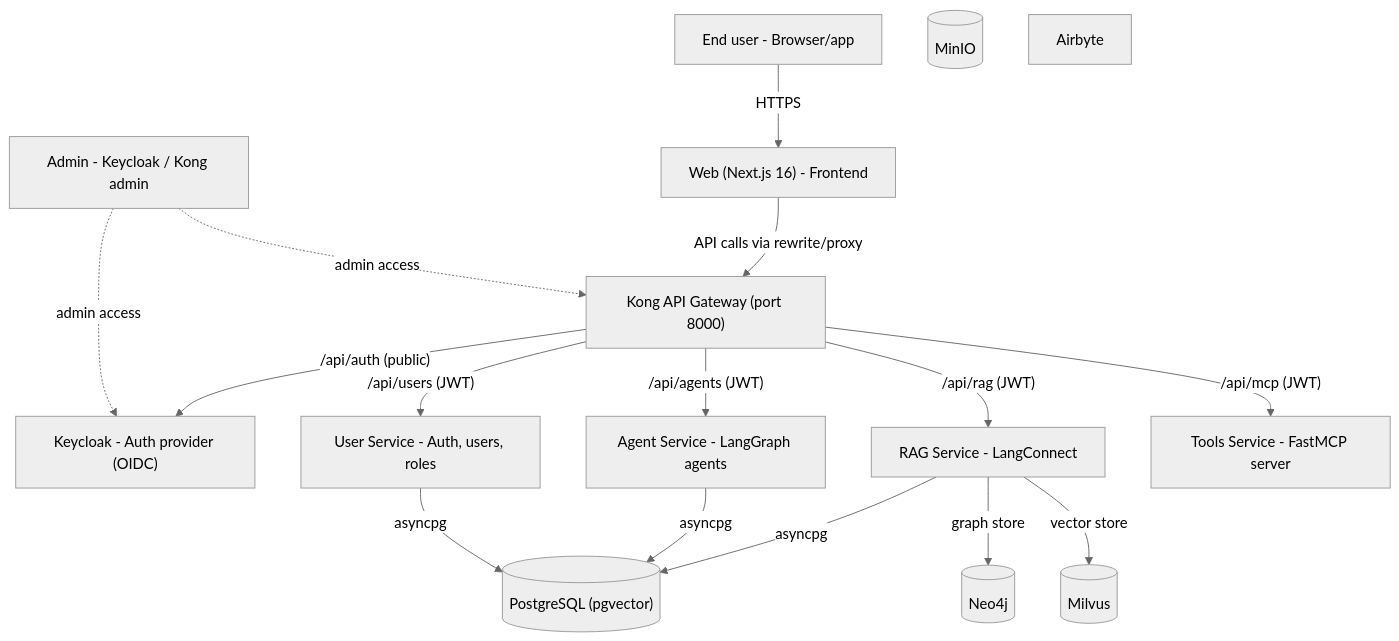
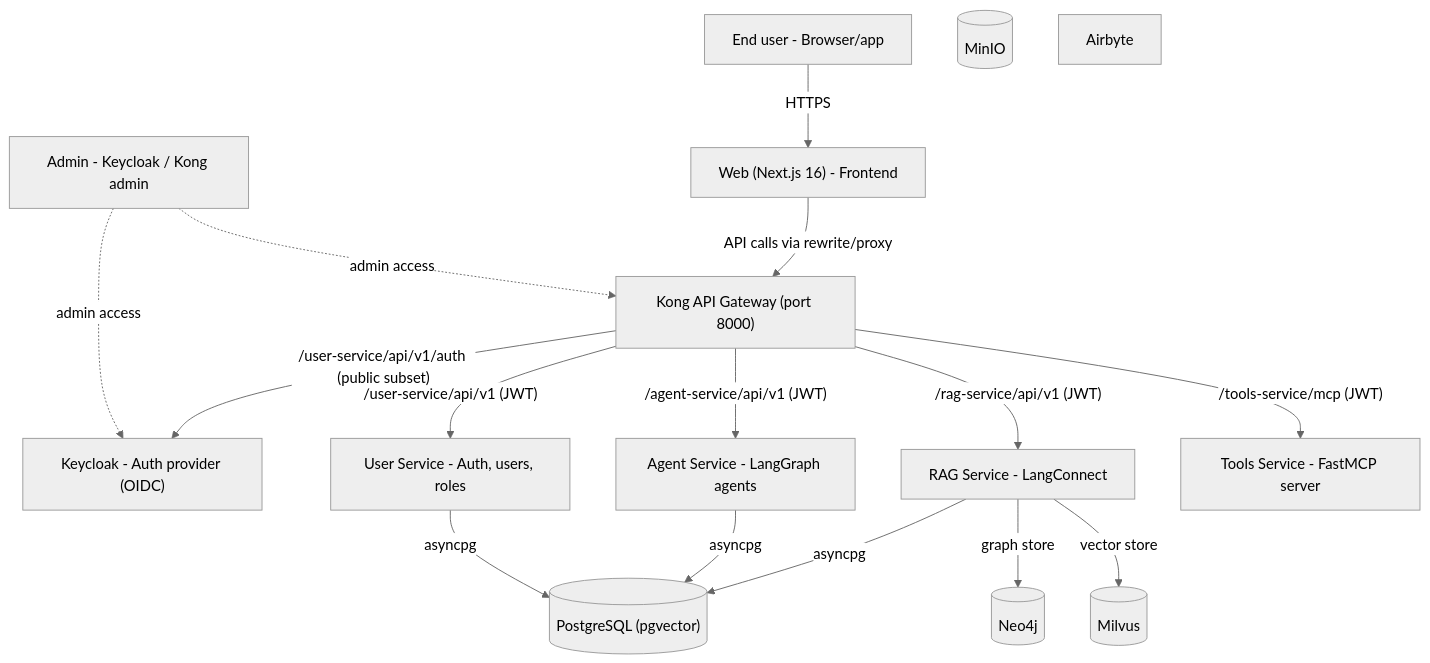
One commit to yurtalangokhan/NewSSI changed the first of 5 diagrams in docs/architecture-overview.md. Above: the diagram before and after it, drawn with Mermaid (neutral theme). The commit also changed other lines of this file and 13 other files, not shown here.

````diff
--- a/docs/architecture-overview.md
+++ b/docs/architecture-overview.md
@@ -5,33 +5,33 @@
 ```mermaid
 flowchart TB
   end_user["End user - Browser/app"]
   admin["Admin - Keycloak / Kong admin"]
   keycloak["Keycloak - Auth provider (OIDC)"]
   kong_api["Kong API Gateway (port 8000)"]
   web["Web (Next.js 16) - Frontend"]
   user_svc["User Service - Auth, users, roles"]
   agent_svc["Agent Service - LangGraph agents"]
   rag_svc["RAG Service - LangConnect"]
   tools_svc["Tools Service - FastMCP server"]
   postgres[("PostgreSQL (pgvector)")]
   neo4j[("Neo4j")]
   milvus[("Milvus")]
   minio[("MinIO")]
   airbyte["Airbyte"]
 
   end_user -->|"HTTPS"| web
   admin -.->|"admin access"| keycloak
   admin -.->|"admin access"| kong_api
   web -->|"API calls via rewrite/proxy"| kong_api
-  kong_api -->|"/api/users (JWT)"| user_svc
-  kong_api -->|"/api/agents (JWT)"| agent_svc
-  kong_api -->|"/api/rag (JWT)"| rag_svc
-  kong_api -->|"/api/mcp (JWT)"| tools_svc
-  kong_api -->|"/api/auth (public)"| keycloak
+  kong_api -->|"/user-service/api/v1 (JWT)"| user_svc
+  kong_api -->|"/agent-service/api/v1 (JWT)"| agent_svc
+  kong_api -->|"/rag-service/api/v1 (JWT)"| rag_svc
+  kong_api -->|"/tools-service/mcp (JWT)"| tools_svc
+  kong_api -->|"/user-service/api/v1/auth (public subset)"| keycloak
 
   user_svc -->|"asyncpg"| postgres
   agent_svc -->|"asyncpg"| postgres
   rag_svc -->|"asyncpg"| postgres
   rag_svc -->|"graph store"| neo4j
   rag_svc -->|"vector store"| milvus
 ```
````
